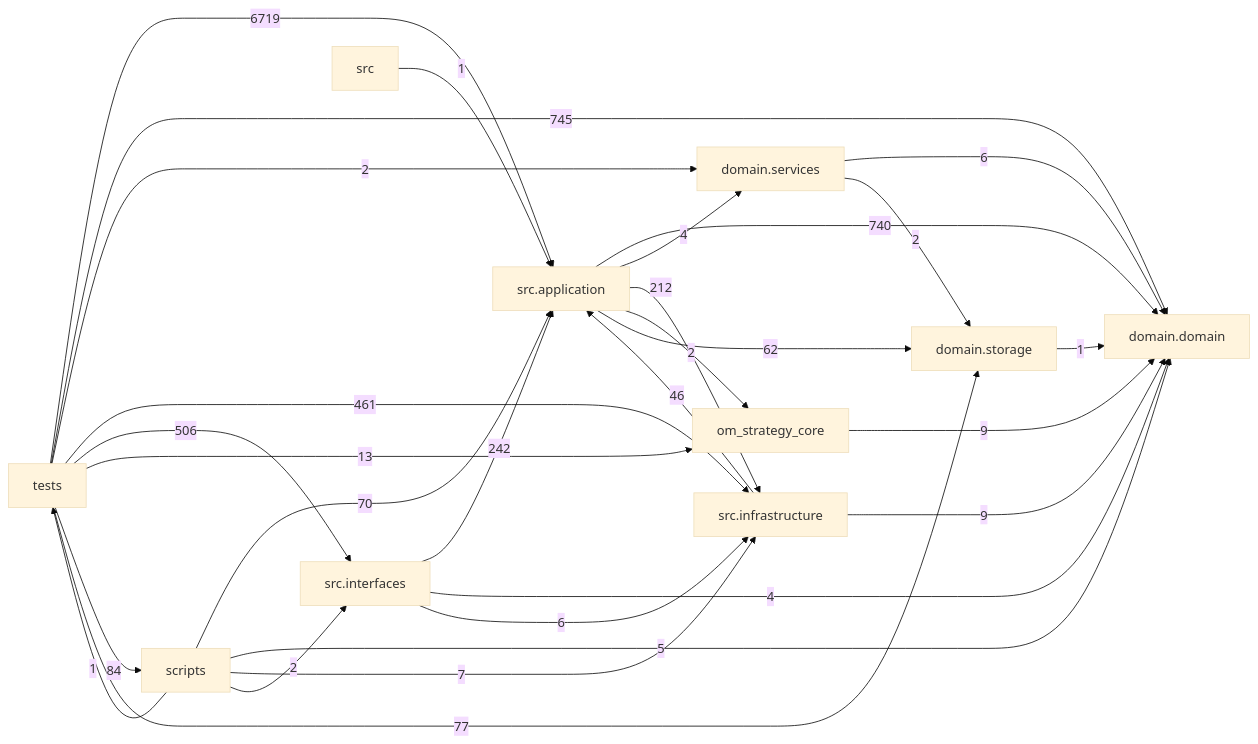
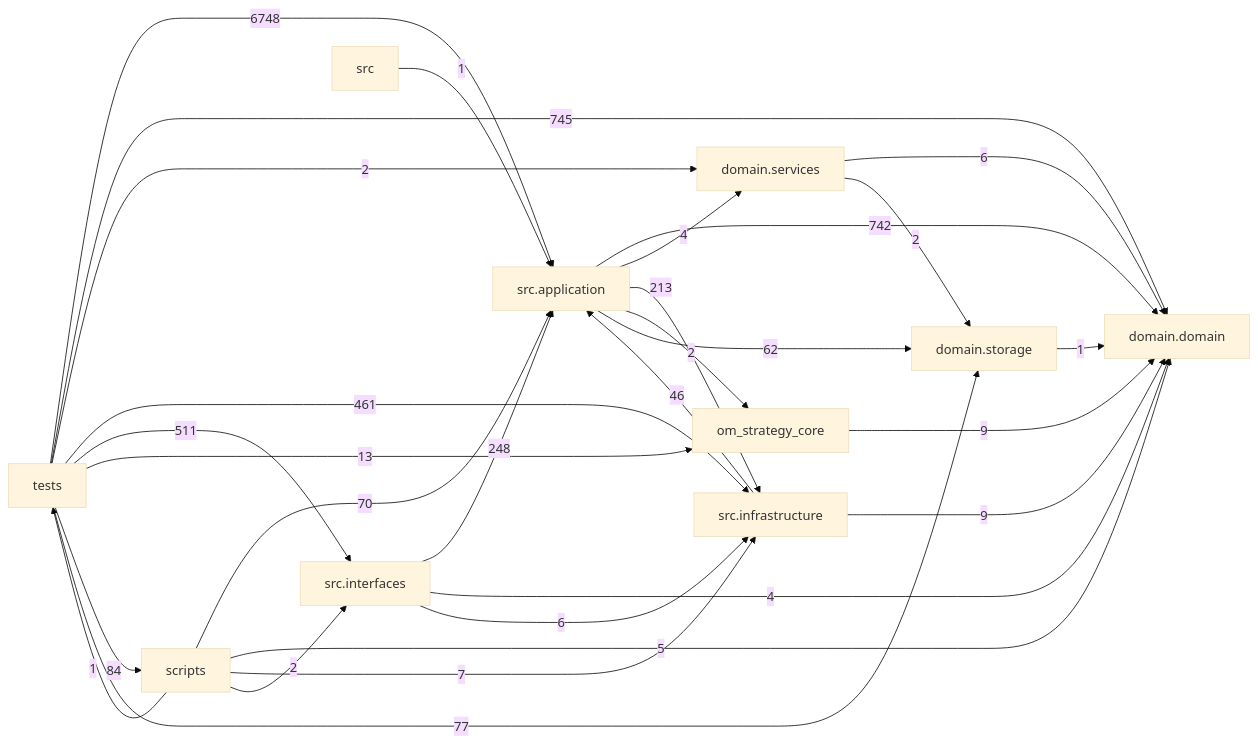
Before and after one commit to liuxie066/options-monitor: the diagram in docs/DEPENDENCY_GRAPH.md, drawn with Mermaid (base theme). The commit also changed other lines of this file and 21 other files, not shown here.

````diff
--- a/docs/DEPENDENCY_GRAPH.md
+++ b/docs/DEPENDENCY_GRAPH.md
@@ -24,39 +24,39 @@
 ```mermaid
 flowchart LR
   tests["tests"]
   scripts["scripts"]
   interfaces["src.interfaces"]
   application["src.application"]
   infrastructure["src.infrastructure"]
   domain_services["domain.services"]
   domain["domain.domain"]
   storage["domain.storage"]
-  application -->|740| domain
+  application -->|742| domain
   application -->|4| domain_services
-  application -->|212| infrastructure
+  application -->|213| infrastructure
   application -->|2| om_strategy_core
   application -->|62| storage
   domain_services -->|6| domain
   domain_services -->|2| storage
   infrastructure -->|46| application
   infrastructure -->|9| domain
-  interfaces -->|242| application
+  interfaces -->|248| application
   interfaces -->|4| domain
   interfaces -->|6| infrastructure
   om_strategy_core -->|9| domain
   scripts -->|70| application
   scripts -->|5| domain
   scripts -->|7| infrastructure
   scripts -->|2| interfaces
   scripts -->|1| tests
   src -->|1| application
   storage -->|1| domain
-  tests -->|6719| application
+  tests -->|6748| application
   tests -->|745| domain
   tests -->|2| domain_services
   tests -->|461| infrastructure
-  tests -->|506| interfaces
+  tests -->|511| interfaces
   tests -->|13| om_strategy_core
   tests -->|84| scripts
   tests -->|77| storage
 ```
````
